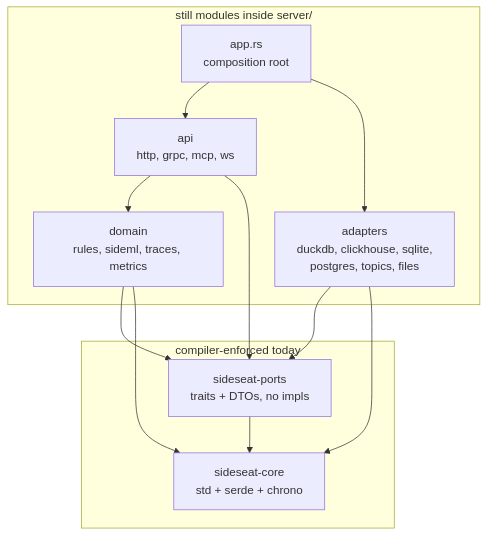
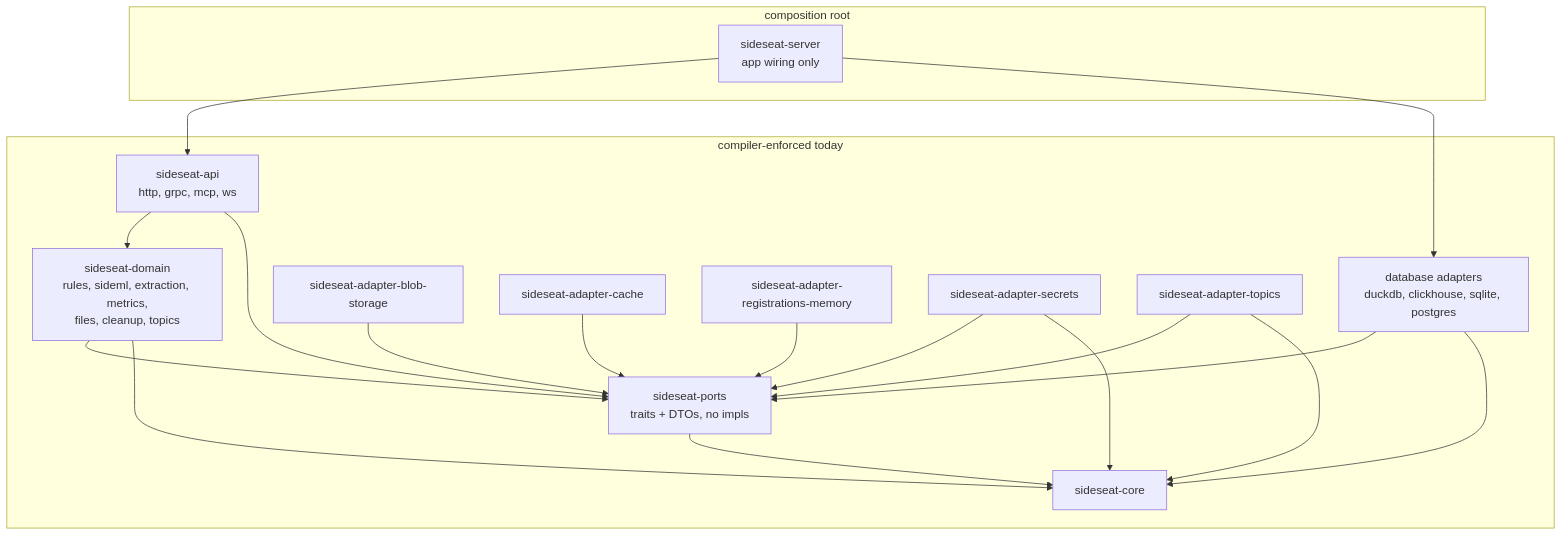
One commit to sideseat/sideseat changed the first of 11 diagrams in PLAN.md. Above: the diagram before and after it, drawn with Mermaid. The commit also changed other lines of this file and 527 other files, not shown here.

````diff
--- a/PLAN.md
+++ b/PLAN.md
@@ -254,23 +246,35 @@
 ```mermaid
 graph TD
     subgraph enforced["compiler-enforced today"]
-        core["sideseat-core<br/>std + serde + chrono"]
+        core["sideseat-core"]
         ports["sideseat-ports<br/>traits + DTOs, no impls"]
+        domain["sideseat-domain<br/>rules, sideml, extraction, metrics,<br/>files, cleanup, topics"]
+        api["sideseat-api<br/>http, grpc, mcp, ws"]
+        db["database adapters<br/>duckdb, clickhouse, sqlite, postgres"]
+        blobs["sideseat-adapter-blob-storage"]
+        cache["sideseat-adapter-cache"]
+        reg["sideseat-adapter-registrations-memory"]
+        secrets["sideseat-adapter-secrets"]
+        topics["sideseat-adapter-topics"]
     end
-    subgraph pending["still modules inside server/"]
-        domain["domain<br/>rules, sideml, traces, metrics"]
-        adapters["adapters<br/>duckdb, clickhouse, sqlite,<br/>postgres, topics, files"]
-        api["api<br/>http, grpc, mcp, ws"]
-        app["app.rs<br/>composition root"]
+    subgraph composition["composition root"]
+        app["sideseat-server<br/>app wiring only"]
     end
 
     ports --> core
     domain --> ports
     domain --> core
-    adapters --> ports
-    adapters --> core
+    db --> ports
+    db --> core
+    blobs --> ports
+    cache --> ports
+    reg --> ports
+    secrets --> ports
+    secrets --> core
+    topics --> ports
+    topics --> core
     api --> domain
     api --> ports
     app --> api
-    app --> adapters
+    app --> db
 ```
````
